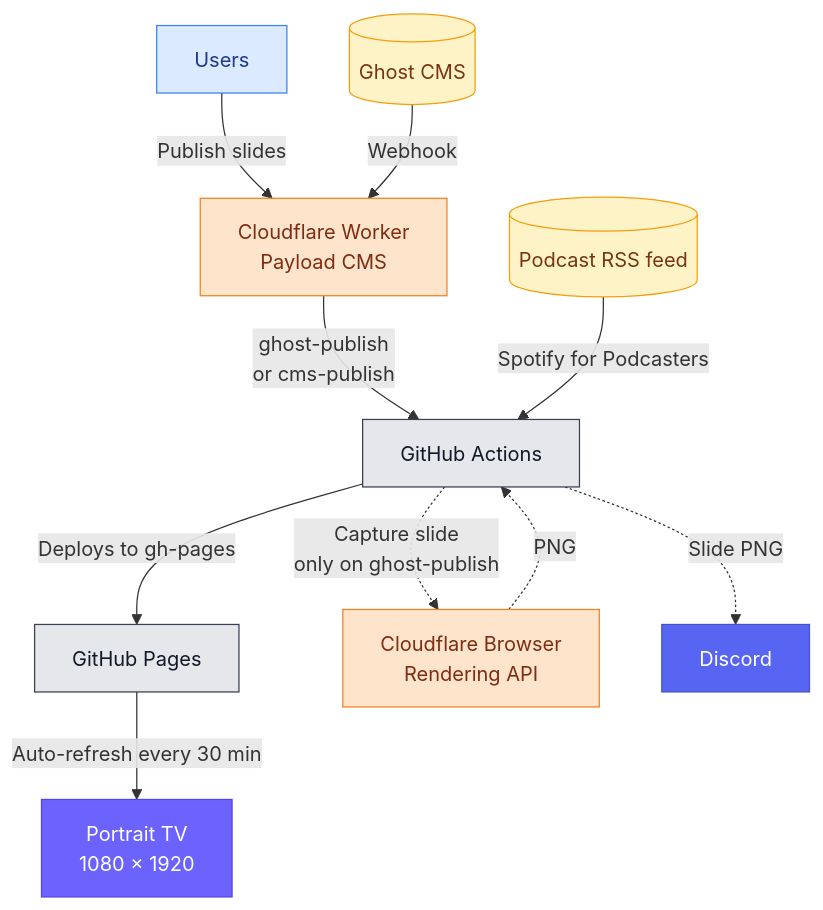
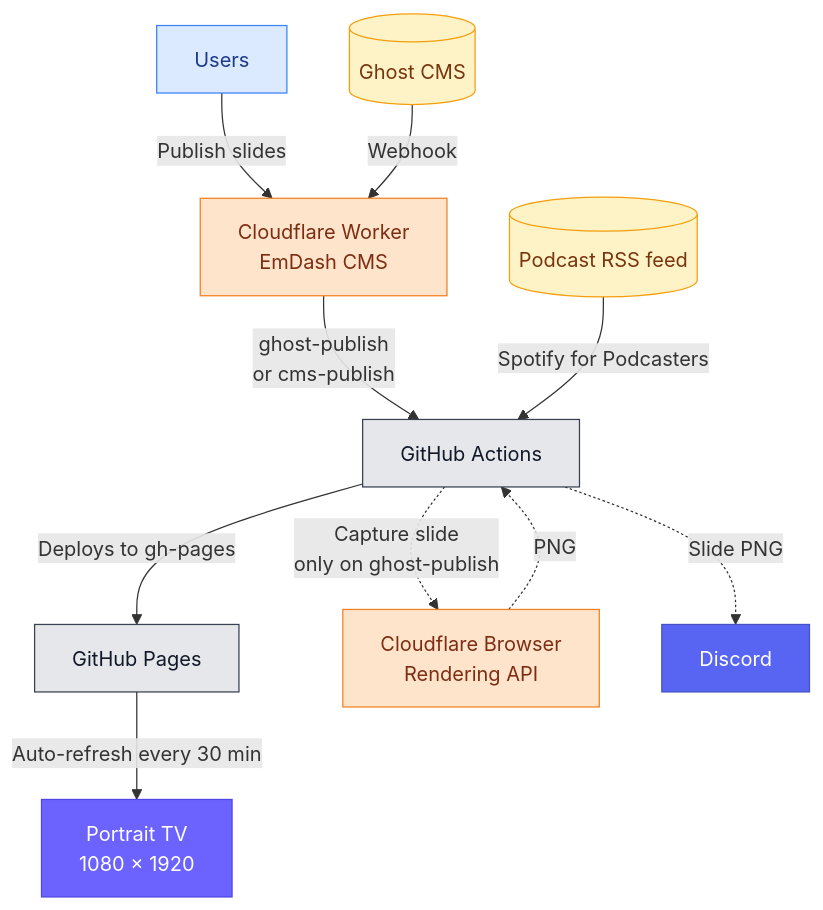
One commit to inovus-labs/kiosk.inovuslabs.org changed the diagram in README.md. Above: the diagram before and after it, drawn with Mermaid. The commit also changed other lines of this file, not shown here.

Commit message:
docs: document EmDash worker setup and deploy

````diff
--- a/README.md
+++ b/README.md
@@ -13,35 +13,35 @@
 ```mermaid
 flowchart TD
     %% ── Sources ─────────────────────────────────
     EDIT[Users]:::user
     A[(Ghost CMS)]:::source
     E[(Podcast RSS feed)]:::source
 
     %% ── Build & deploy pipeline ─────────────────
-    W[Cloudflare Worker<br/>Payload CMS]:::cf
+    W[Cloudflare Worker<br/>EmDash CMS]:::cf
     B[GitHub Actions]:::gh
     C[GitHub Pages]:::gh
     D[Portrait TV<br/>1080 × 1920]:::tv
 
     %% ── Post-deploy side channel ────────────────
     BR[Cloudflare Browser<br/>Rendering API]:::cf
     F[Discord]:::discord
 
     EDIT -->|Publish slides| W
     A -->|Webhook| W
     W -->|ghost-publish<br/>or cms-publish| B
     E -->|Spotify for Podcasters| B
     B -->|Deploys to gh-pages| C
     C -->|Auto-refresh every 30 min| D
 
     B -.->|Capture slide<br/>only on ghost-publish| BR
     BR -.->|PNG| B
     B -.->|Slide PNG| F
 
     classDef user    fill:#DBEAFE,stroke:#3B82F6,color:#1E3A8A;
     classDef source  fill:#FEF3C7,stroke:#F59E0B,color:#78350F;
     classDef cf      fill:#FFE4CC,stroke:#F38020,color:#7C2D12;
     classDef gh      fill:#E5E7EB,stroke:#374151,color:#111827;
     classDef tv      fill:#6C63FF,stroke:#4F46E5,color:#FFFFFF;
     classDef discord fill:#5865F2,stroke:#4752C4,color:#FFFFFF;
 ```
````
